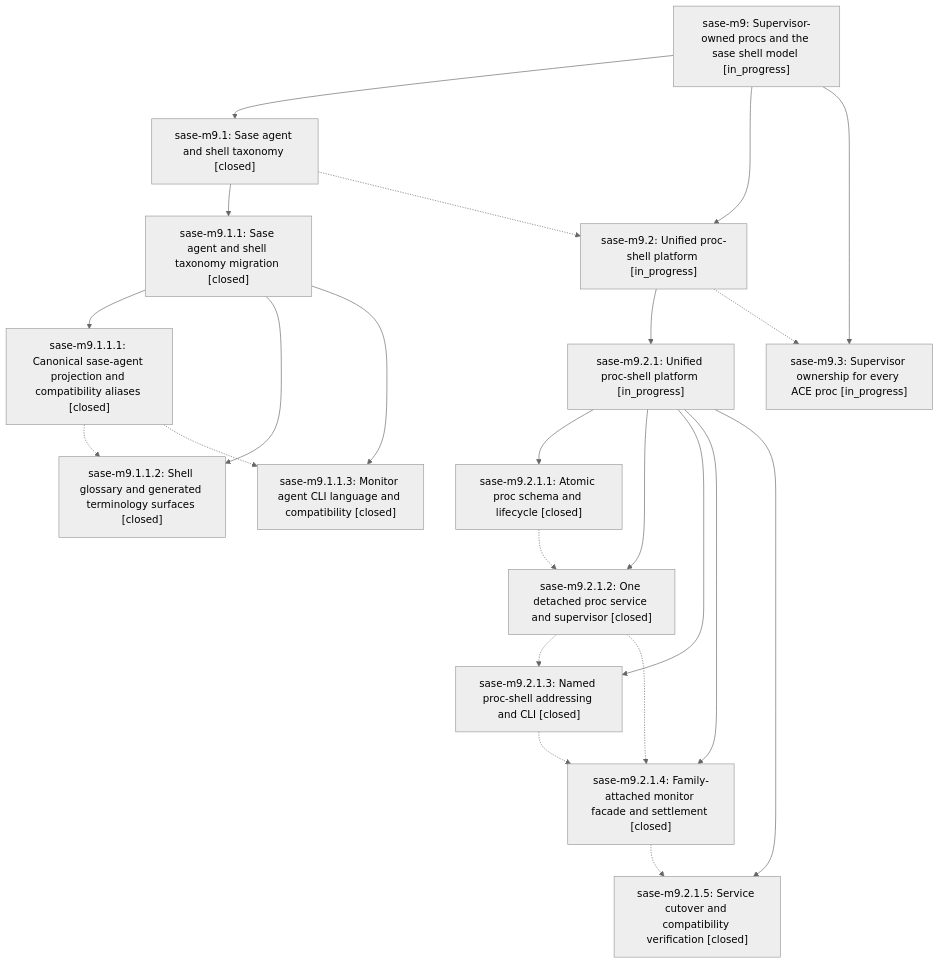
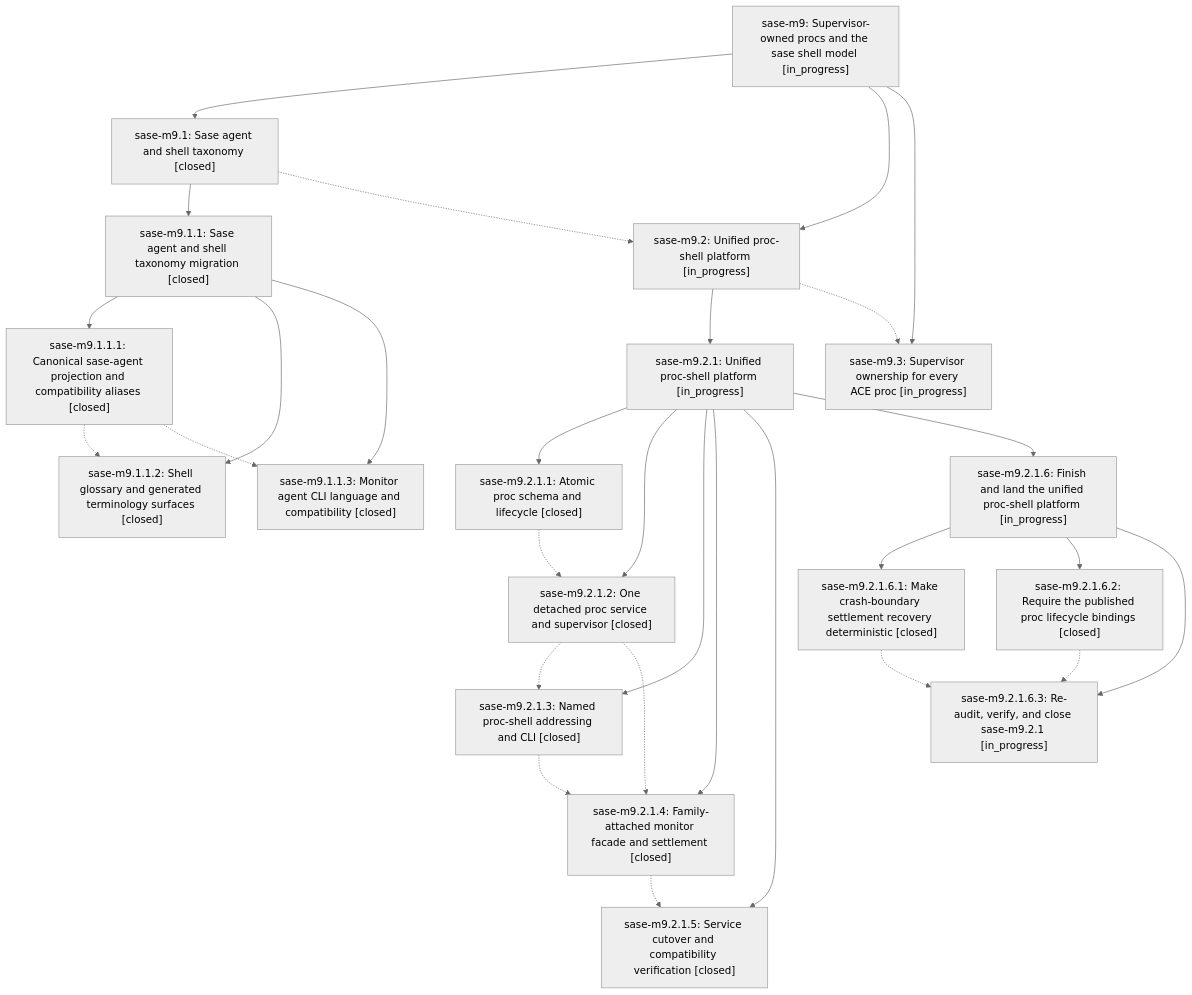
One commit to sase-org/sase--beads changed the diagram in pages/sase-m9/README.md. Above: the diagram before and after it, drawn with Mermaid (neutral theme). The commit also changed other lines of this file and 5 other files, not shown here.

````diff
--- a/pages/sase-m9/README.md
+++ b/pages/sase-m9/README.md
@@ -24,39 +24,49 @@
 ```mermaid
 flowchart TD
     n0["sase-m9: Supervisor-owned procs and the sase shell model [in_progress]"]
     n1["sase-m9.1: Sase agent and shell taxonomy [closed]"]
     n2["sase-m9.1.1: Sase agent and shell taxonomy migration [closed]"]
     n3["sase-m9.1.1.1: Canonical sase-agent projection and compatibility aliases [closed]"]
     n4["sase-m9.1.1.2: Shell glossary and generated terminology surfaces [closed]"]
     n5["sase-m9.1.1.3: Monitor agent CLI language and compatibility [closed]"]
     n6["sase-m9.2: Unified proc-shell platform [in_progress]"]
     n7["sase-m9.2.1: Unified proc-shell platform [in_progress]"]
     n8["sase-m9.2.1.1: Atomic proc schema and lifecycle [closed]"]
     n9["sase-m9.2.1.2: One detached proc service and supervisor [closed]"]
     n10["sase-m9.2.1.3: Named proc-shell addressing and CLI [closed]"]
     n11["sase-m9.2.1.4: Family-attached monitor facade and settlement [closed]"]
     n12["sase-m9.2.1.5: Service cutover and compatibility verification [closed]"]
-    n13["sase-m9.3: Supervisor ownership for every ACE proc [in_progress]"]
+    n13["sase-m9.2.1.6: Finish and land the unified proc-shell platform [in_progress]"]
+    n14["sase-m9.2.1.6.1: Make crash-boundary settlement recovery deterministic [closed]"]
+    n15["sase-m9.2.1.6.2: Require the published proc lifecycle bindings [closed]"]
+    n16["sase-m9.2.1.6.3: Re-audit, verify, and close sase-m9.2.1 [in_progress]"]
+    n17["sase-m9.3: Supervisor ownership for every ACE proc [in_progress]"]
     n0 --> n1
     n1 --> n2
     n2 --> n3
     n2 --> n4
     n2 --> n5
     n0 --> n6
     n6 --> n7
     n7 --> n8
     n7 --> n9
     n7 --> n10
     n7 --> n11
     n7 --> n12
-    n0 --> n13
+    n7 --> n13
+    n13 --> n14
+    n13 --> n15
+    n13 --> n16
+    n0 --> n17
     n1 -.-> n6
     n3 -.-> n4
     n3 -.-> n5
-    n6 -.-> n13
+    n6 -.-> n17
     n8 -.-> n9
     n9 -.-> n10
     n9 -.-> n11
     n10 -.-> n11
     n11 -.-> n12
+    n14 -.-> n16
+    n15 -.-> n16
 ```
````
